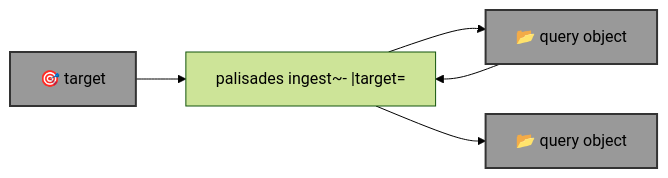
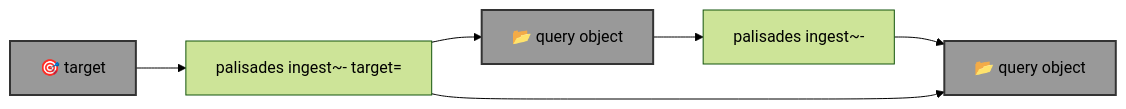
Before and after one commit to kamangir/blue-sandbox: the diagram in blue_sandbox/palisades/template.md, drawn with Mermaid (forest theme). The commit also changed 3 other files, not shown here.

````diff
--- a/blue_sandbox/palisades/template.md
+++ b/blue_sandbox/palisades/template.md
@@ -5,15 +5,18 @@
 ```mermaid
 graph LR
-    palisades_ingest["palisades ingest~- <query-object-name>|target=<target> <ingest-object-name>"]
+    palisades_ingest_query["palisades ingest~- <query-object-name> <ingest-object-name>"]
+    palisades_ingest_target["palisades ingest~- target=<target> <ingest-object-name>"]
 
     target["🎯 target"]:::folder
     query_object["📂 query object"]:::folder
     ingest_object["📂 query object"]:::folder
 
-    target --> palisades_ingest
-    query_object --> palisades_ingest
-    palisades_ingest --> query_object
-    palisades_ingest --> ingest_object
+    query_object --> palisades_ingest_query
+    palisades_ingest_query --> ingest_object
+
+    target --> palisades_ingest_target
+    palisades_ingest_target --> query_object
+    palisades_ingest_target --> ingest_object
 
     classDef folder fill:#999,stroke:#333,stroke-width:2px;
 ```
````
